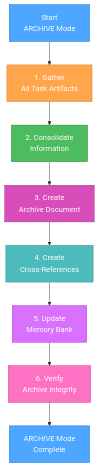
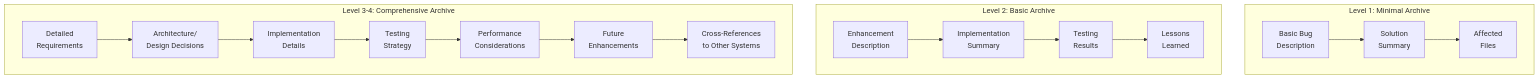
Before and after one commit to ubranch/shotgun: the fourth of 5 diagrams in .cursor/rules/isolation_rules/visual-maps/archive-mode-map.mdc, drawn with Mermaid. The commit also changed other lines of this file and 81 other files, not shown here.

Commit message:
feat: introduce new creative and implementation modes; enhance memory bank structure with detailed context documentation and visual process maps for improved workflow management

````diff
--- a/.cursor/rules/isolation_rules/visual-maps/archive-mode-map.mdc
+++ b/.cursor/rules/isolation_rules/visual-maps/archive-mode-map.mdc
@@ -13,19 +98,31 @@
 ```mermaid
 graph TD
-    Start["Start<br>ARCHIVE Mode"] --> Gather["1. Gather<br>All Task Artifacts"]
-    Gather --> Consolidate["2. Consolidate<br>Information"]
-    Consolidate --> Create["3. Create<br>Archive Document"]
-    Create --> CrossRef["4. Create<br>Cross-References"]
-    CrossRef --> UpdateMB["5. Update<br>Memory Bank"]
-    UpdateMB --> Verify["6. Verify<br>Archive Integrity"]
-    Verify --> Complete["ARCHIVE Mode<br>Complete"]
+    subgraph "Level 1: Minimal Archive"
+        L1A["Basic Bug<br>Description"]
+        L1B["Solution<br>Summary"]
+        L1C["Affected<br>Files"]
+    end
     
-    style Start fill:#4da6ff,stroke:#0066cc,color:white
-    style Gather fill:#ffa64d,stroke:#cc7a30,color:white
-    style Consolidate fill:#4dbb5f,stroke:#36873f,color:white
-    style Create fill:#d94dbb,stroke:#a3378a,color:white
-    style CrossRef fill:#4dbbbb,stroke:#368787,color:white
-    style UpdateMB fill:#d971ff,stroke:#a33bc2,color:white
-    style Verify fill:#ff71c2,stroke:#c23b8a,color:white
-    style Complete fill:#4da6ff,stroke:#0066cc,color:white
+    subgraph "Level 2: Basic Archive"
+        L2A["Enhancement<br>Description"]
+        L2B["Implementation<br>Summary"]
+        L2C["Testing<br>Results"]
+        L2D["Lessons<br>Learned"]
+    end
+    
+    subgraph "Level 3-4: Comprehensive Archive"
+        L3A["Detailed<br>Requirements"]
+        L3B["Architecture/<br>Design Decisions"]
+        L3C["Implementation<br>Details"]
+        L3D["Testing<br>Strategy"]
+        L3E["Performance<br>Considerations"]
+        L3F["Future<br>Enhancements"]
+        L3G["Cross-References<br>to Other Systems"]
+    end
+    
+    L1A --> L1B --> L1C
+    
+    L2A --> L2B --> L2C --> L2D
+    
+    L3A --> L3B --> L3C --> L3D --> L3E --> L3F --> L3G
 ```
````
